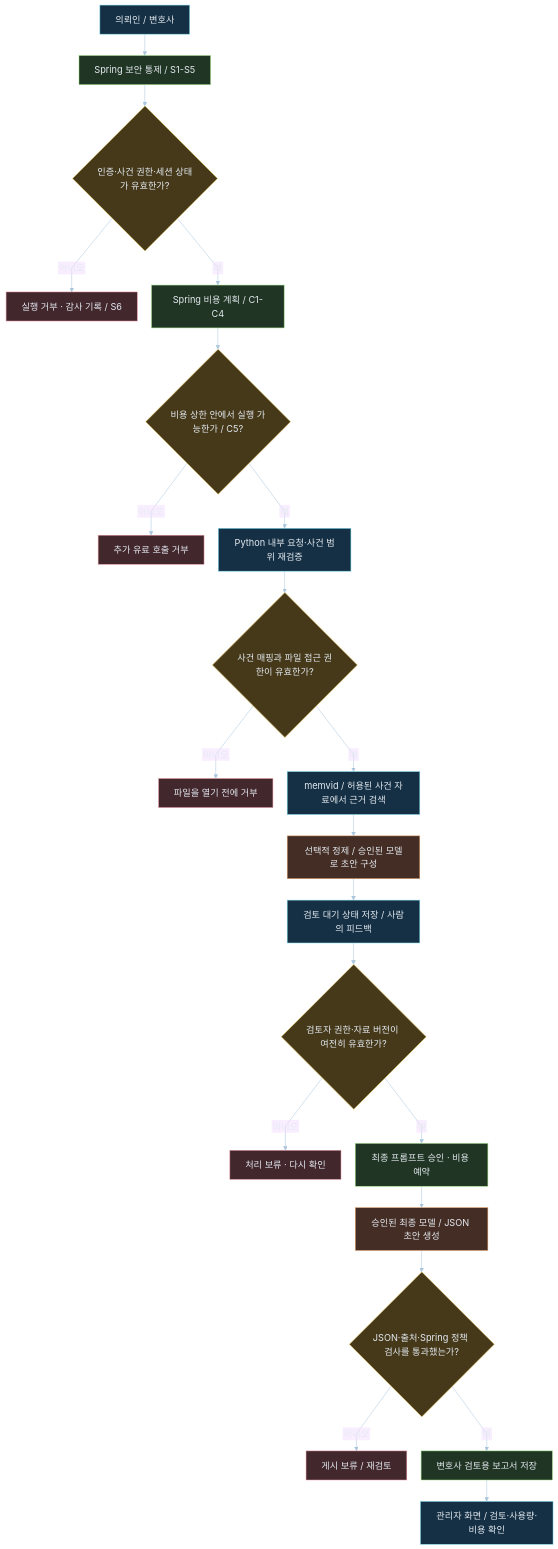
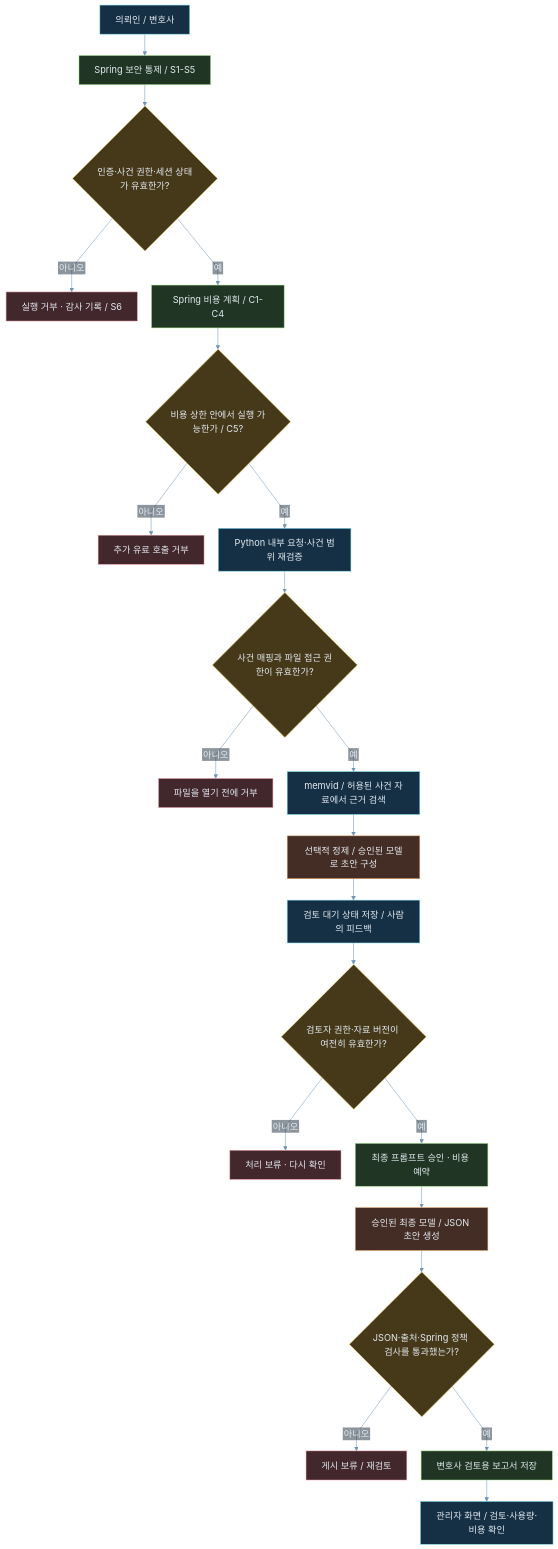
The first of 5 diagrams in README.ko.md (ai-agent-orchestrator/spring-memvid-ai-backend), drawn with Mermaid before and after one commit. The commit also changed other lines of this file and 1 other file, not shown here.

First line of the commit message:
Fix mermaid edge-label and line contrast on light theme (EN/KO) (#1)

````diff
--- a/README.ko.md
+++ b/README.ko.md
@@ -40,34 +40,34 @@
 ```mermaid
-%%{init: {"theme":"base","themeVariables":{"background":"#101720","primaryTextColor":"#e4eaf1","lineColor":"#a9c5dd","fontFamily":"Malgun Gothic, sans-serif","fontSize":"18px"},"flowchart":{"htmlLabels":false,"curve":"linear","nodeSpacing":28,"rankSpacing":42}}}%%
+%%{init: {"theme":"base","themeVariables":{"background":"#101720","primaryTextColor":"#e4eaf1","lineColor":"#6f93b5","edgeLabelBackground":"#1b2a3a","fontFamily":"Malgun Gothic, sans-serif","fontSize":"18px"},"flowchart":{"htmlLabels":false,"curve":"linear","nodeSpacing":28,"rankSpacing":42}}}%%
 flowchart TB
     USER["의뢰인 / 변호사"] --> SECURITY["Spring 보안 통제 / S1-S5"]
     SECURITY --> SG{"인증·사건 권한·세션 상태가 유효한가?"}
     SG -->|아니오| SD["실행 거부 · 감사 기록 / S6"]
     SG -->|예| COST["Spring 비용 계획 / C1-C4"]
     COST --> CG{"비용 상한 안에서 실행 가능한가 / C5?"}
     CG -->|아니오| CD["추가 유료 호출 거부"]
     CG -->|예| JOB["Python 내부 요청·사건 범위 재검증"]
     JOB --> ACCESS{"사건 매핑과 파일 접근 권한이 유효한가?"}
     ACCESS -->|아니오| AD["파일을 열기 전에 거부"]
     ACCESS -->|예| MEMORY["memvid / 허용된 사건 자료에서 근거 검색"]
     MEMORY --> DRAFT["선택적 정제 / 승인된 모델로 초안 구성"]
     DRAFT --> REVIEW["검토 대기 상태 저장 / 사람의 피드백"]
     REVIEW --> RESUME{"검토자 권한·자료 버전이 여전히 유효한가?"}
     RESUME -->|아니오| RD["처리 보류 · 다시 확인"]
     RESUME -->|예| FINAL["최종 프롬프트 승인 · 비용 예약"]
     FINAL --> MODEL["승인된 최종 모델 / JSON 초안 생성"]
     MODEL --> CHECK{"JSON·출처·Spring 정책 검사를 통과했는가?"}
     CHECK -->|아니오| HOLD["게시 보류 / 재검토"]
     CHECK -->|예| REPORT["변호사 검토용 보고서 저장"]
     REPORT --> ADMIN["관리자 화면 / 검토·사용량·비용 확인"]
     classDef spring fill:#203523,stroke:#9ada80,color:#e4eaf1;
     classDef process fill:#153044,stroke:#76d9f0,color:#e4eaf1;
     classDef decision fill:#46391a,stroke:#e5c24e,color:#e4eaf1;
     classDef model fill:#442d24,stroke:#e6a36c,color:#e4eaf1;
     classDef stop fill:#42272d,stroke:#e99aa6,color:#e4eaf1;
     class SECURITY,COST,FINAL,REPORT spring;
     class USER,JOB,MEMORY,REVIEW,ADMIN process;
     class SG,CG,ACCESS,RESUME,CHECK decision;
     class DRAFT,MODEL model;
     class SD,CD,AD,RD,HOLD stop;
 ```
````
